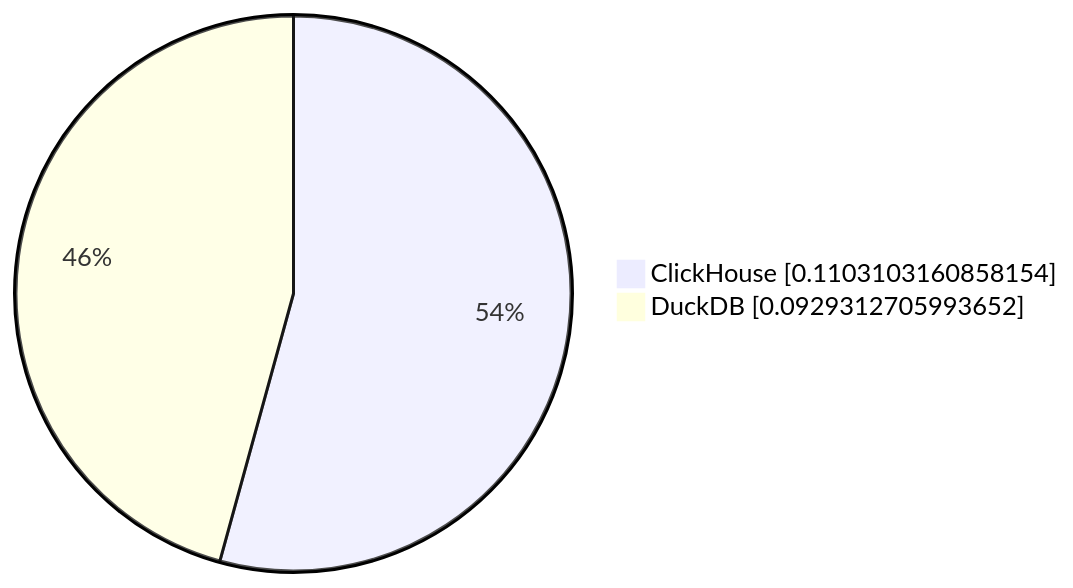
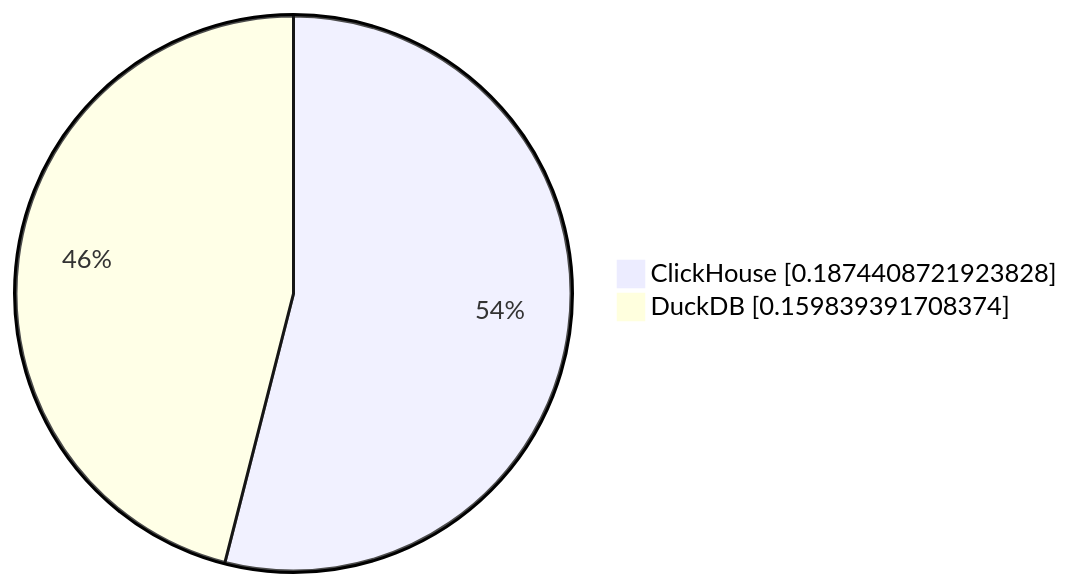
The second of 7 diagrams in parquet/performance/results/nyc_taxi/23.8.2.7/README.md (Altinity/clickhouse-regression), drawn with Mermaid before and after one commit. The commit also changed other lines of this file and 2 other files, not shown here.

````diff
--- a/parquet/performance/results/nyc_taxi/23.8.2.7/README.md
+++ b/parquet/performance/results/nyc_taxi/23.8.2.7/README.md
@@ -20,5 +20,5 @@
 ```mermaid
      pie showData
-         "ClickHouse" : 0.1103103160858154
-         "DuckDB" : 0.0929312705993652
+         "ClickHouse" : 0.1874408721923828
+         "DuckDB" : 0.159839391708374
 ```
````
